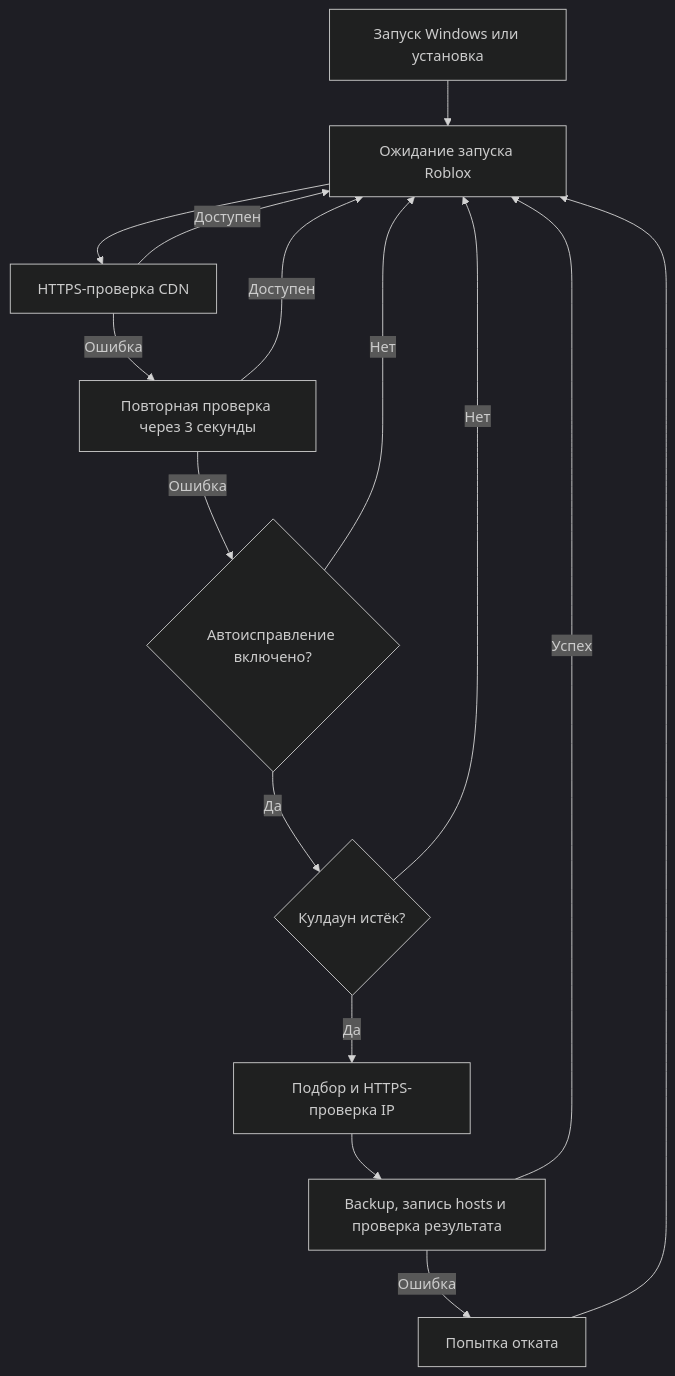
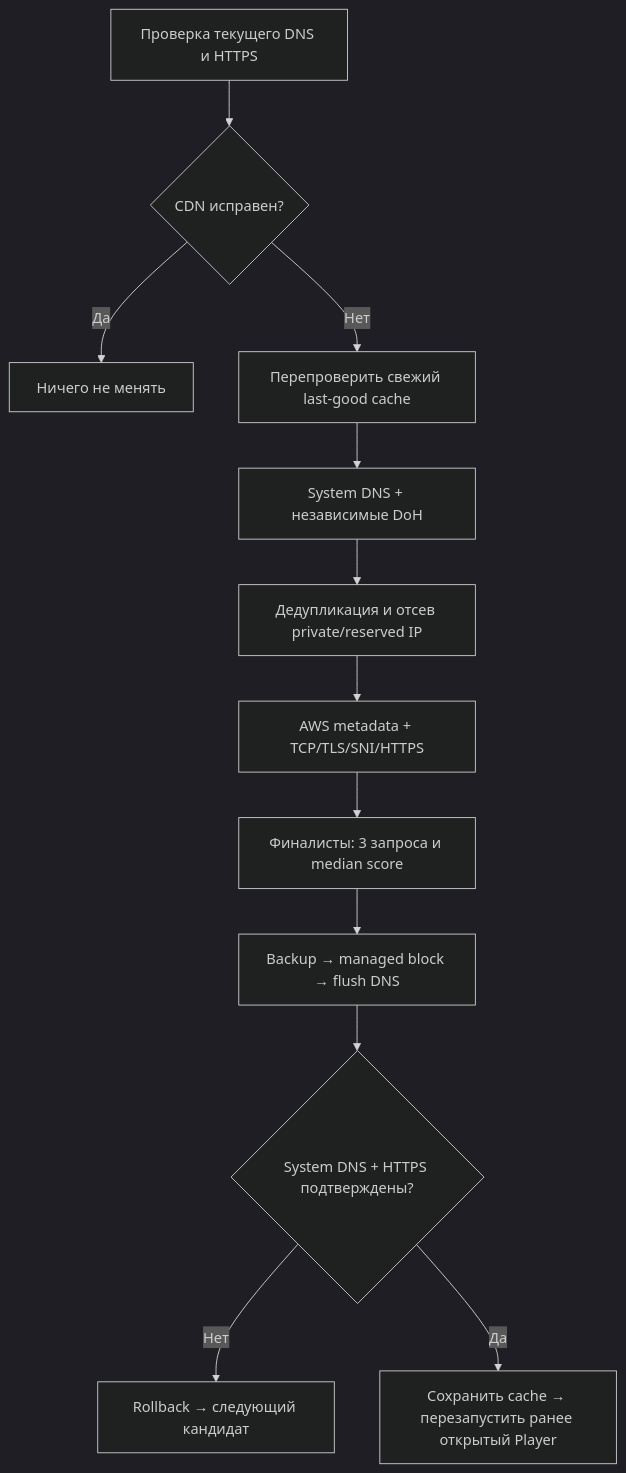
One commit to forevertempest/Roblox-Fix-Assets-or-Image-CDN changed the diagram in README.md. Above: the diagram before and after it, drawn with Mermaid (dark theme). The commit also changed other lines of this file and 17 other files, not shown here.

````diff
--- a/README.md
+++ b/README.md
@@ -105,17 +71,14 @@
 ```mermaid
 flowchart TD
-    A[Запуск Windows или установка] --> B[Ожидание запуска Roblox]
-    B --> C[HTTPS-проверка CDN]
-    C -- Доступен --> B
-    C -- Ошибка --> D[Повторная проверка через 3 секунды]
-    D -- Доступен --> B
-    D -- Ошибка --> E{Автоисправление включено?}
-    E -- Нет --> B
-    E -- Да --> F{Кулдаун истёк?}
-    F -- Нет --> B
-    F -- Да --> G[Подбор и HTTPS-проверка IP]
-    G --> H[Backup, запись hosts и проверка результата]
-    H -- Успех --> B
-    H -- Ошибка --> I[Попытка отката]
-    I --> B
+    A[Проверка текущего DNS и HTTPS] --> B{CDN исправен?}
+    B -->|Да| C[Ничего не менять]
+    B -->|Нет| D[Перепроверить свежий last-good cache]
+    D --> E[System DNS + независимые DoH]
+    E --> F[Дедупликация и отсев private/reserved IP]
+    F --> G[AWS metadata + TCP/TLS/SNI/HTTPS]
+    G --> H[Финалисты: 3 запроса и median score]
+    H --> I[Backup → managed block → flush DNS]
+    I --> J{System DNS + HTTPS подтверждены?}
+    J -->|Нет| K[Rollback → следующий кандидат]
+    J -->|Да| L[Сохранить cache → перезапустить ранее открытый Player]
 ```
````
